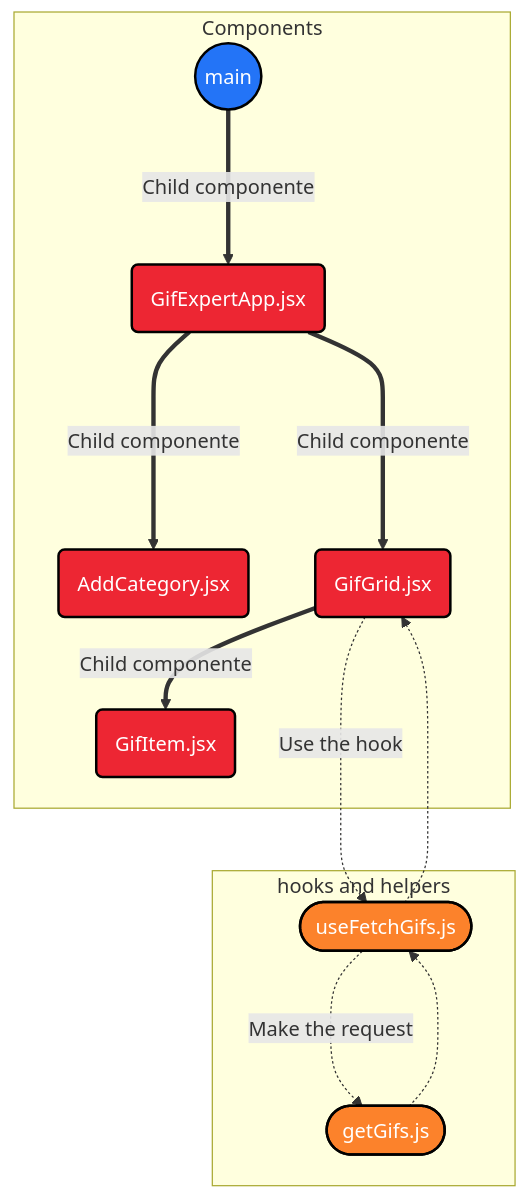
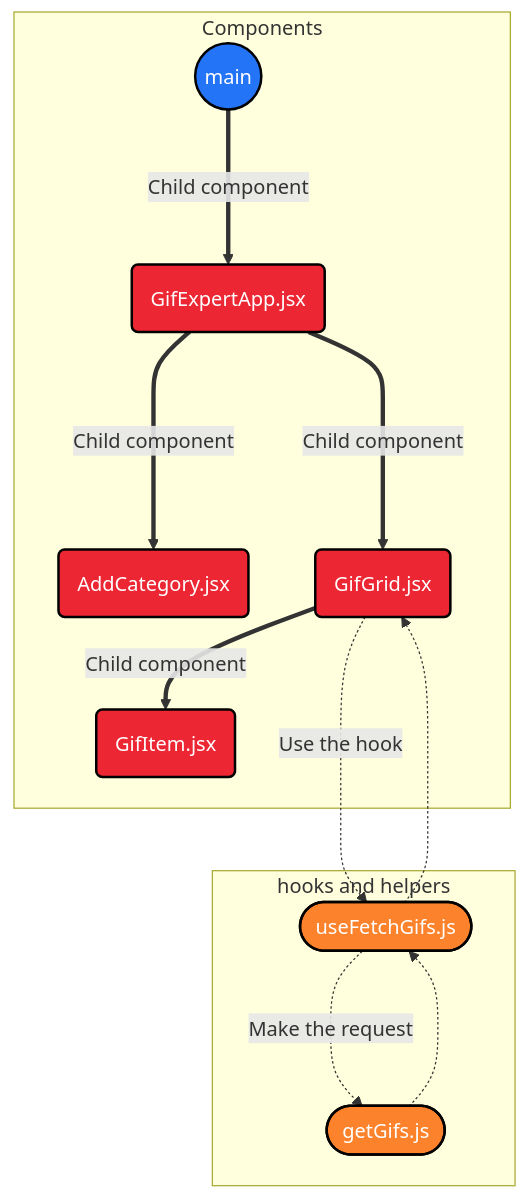
Before and after one commit to AngelDiaz-21/react-gif-expert: the diagram in Readme.md, drawn with Mermaid.

Commit message:
docs: The mermaid was modified

````diff
--- a/Readme.md
+++ b/Readme.md
@@ -6,30 +6,30 @@
 ```mermaid
 flowchart TD;
     root((main)):::blue;
     A(GifExpertApp.jsx):::red;
     B(AddCategory.jsx):::red;
     C(GifGrid.jsx):::red;
     D(GifItem.jsx):::red;
     E([useFetchGifs.js]):::orange;
     F([getGifs.js]):::orange;
 
     subgraph Components;
-        root===>|Child componente|A;
-        A====>|Child componente|B & C;
-        C==>|Child componente|D;
+        root===>|Child component|A;
+        A====>|Child component|B & C;
+        C==>|Child component|D;
     end
 
     subgraph hooks and helpers
+        E-.Make the request.->F;
+        F-..->E;
         C-.Use the hook.->E;
         E-..->C;
-        E-.Make the request.->F;
-        F-..->E;
     end
 
     %% Colores %%
 	classDef blue  fill:#2374f7, stroke:#000, stroke-width:2px, color:#fff
 	classDef pink  fill:#eb3dd6,stroke:#000, stroke-width:2px, color:#fff
 	classDef orange  fill:#fc822b,stroke:#000,stroke-width:2px,color:#fff
 	classDef red  fill:#ed2633,stroke:#000,stroke-width:2px,color:#fff
 	classDef green  fill:#16b522,stroke:#000,stroke-width:2px,color:#fff
 ```
````
